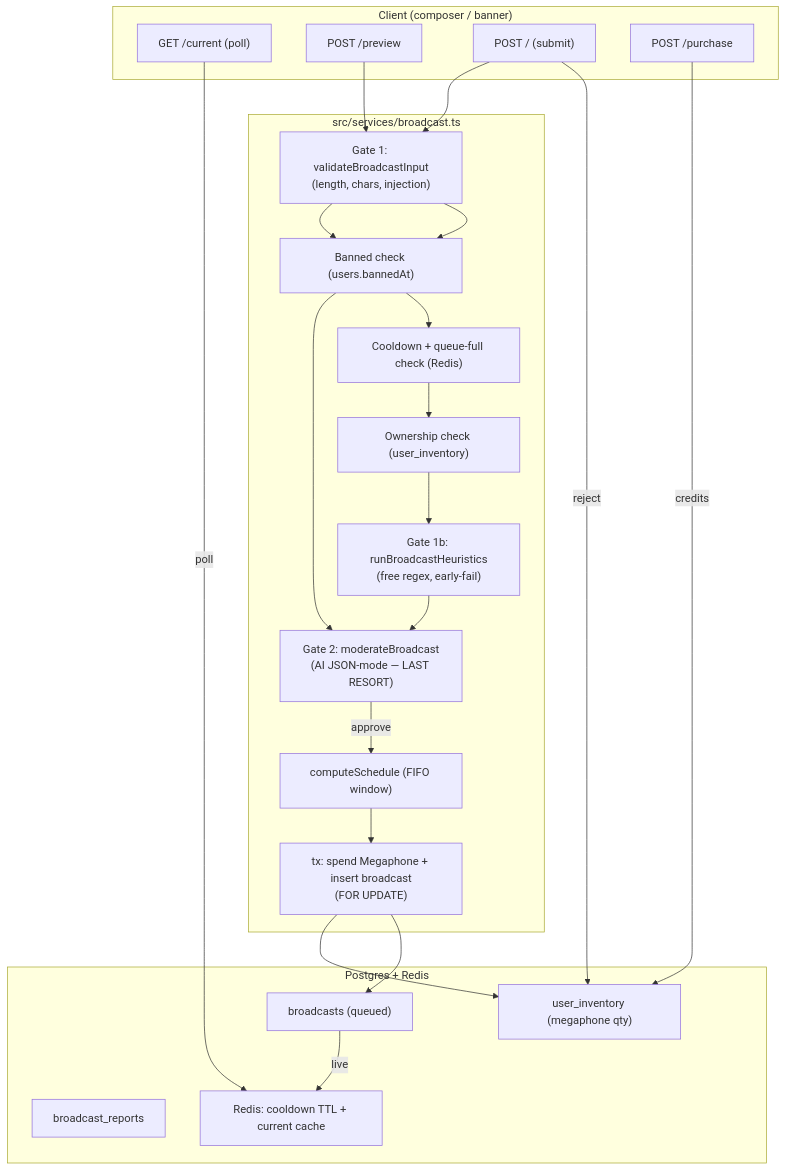
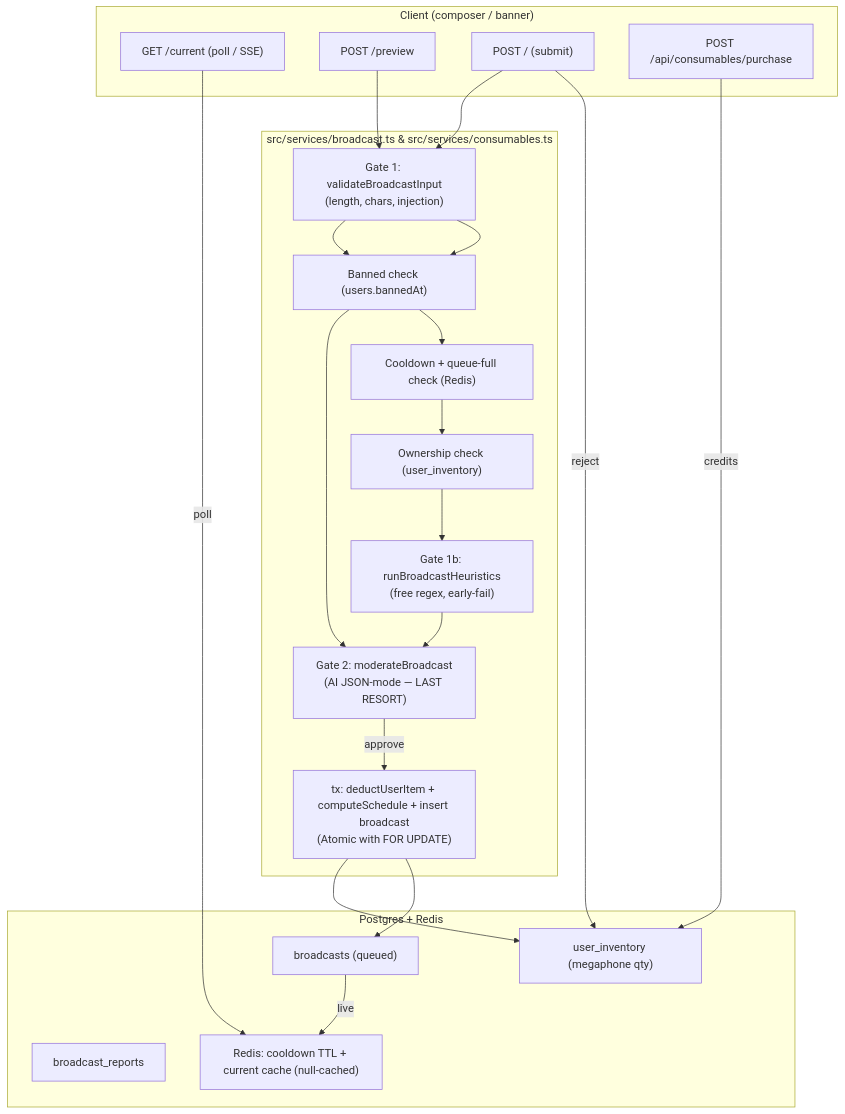
One commit to txufiknr/Twistloom-backend changed the first of 2 diagrams in docs/architecture/BROADCAST_ARCHITECTURE.md. Above: the diagram before and after it, drawn with Mermaid. The commit also changed 11 other files, not shown here.

````diff
--- a/docs/architecture/BROADCAST_ARCHITECTURE.md
+++ b/docs/architecture/BROADCAST_ARCHITECTURE.md
@@ -31,37 +31,36 @@
 ```mermaid
 flowchart TD
     subgraph Client ["Client (composer / banner)"]
-        C1["GET /current (poll)"]
+        C1["GET /current (poll / SSE)"]
         C2["POST /preview"]
         C3["POST / (submit)"]
-        C4["POST /purchase"]
+        C4["POST /api/consumables/purchase"]
     end
 
-    subgraph Service ["src/services/broadcast.ts"]
+    subgraph Service ["src/services/broadcast.ts & src/services/consumables.ts"]
         G1["Gate 1: validateBroadcastInput<br/>(length, chars, injection)"]
         BAN["Banned check (users.bannedAt)"]
         CD["Cooldown + queue-full check (Redis)"]
         OWN["Ownership check (user_inventory)"]
         H1["Gate 1b: runBroadcastHeuristics<br/>(free regex, early-fail)"]
         G2["Gate 2: moderateBroadcast<br/>(AI JSON-mode — LAST RESORT)"]
-        TX["tx: spend Megaphone + insert broadcast<br/>(FOR UPDATE)"]
-        SCHED["computeSchedule (FIFO window)"]
+        TX["tx: deductUserItem + computeSchedule + insert broadcast<br/>(Atomic with FOR UPDATE)"]
     end
 
     subgraph Data ["Postgres + Redis"]
         INV["user_inventory (megaphone qty)"]
         BC["broadcasts (queued)"]
         RPT["broadcast_reports"]
-        RD["Redis: cooldown TTL + current cache"]
+        RD["Redis: cooldown TTL + current cache (null-cached)"]
     end
 
     C4 -->|credits| INV
     C2 --> G1 --> BAN --> G2
     C3 --> G1 --> BAN --> CD --> OWN --> H1 --> G2
-    G2 -->|approve| SCHED --> TX
+    G2 -->|approve| TX
     TX --> INV
     TX --> BC
     C3 -->|reject| INV
     C1 -->|poll| RD
     BC -->|live| RD
 ```
````
